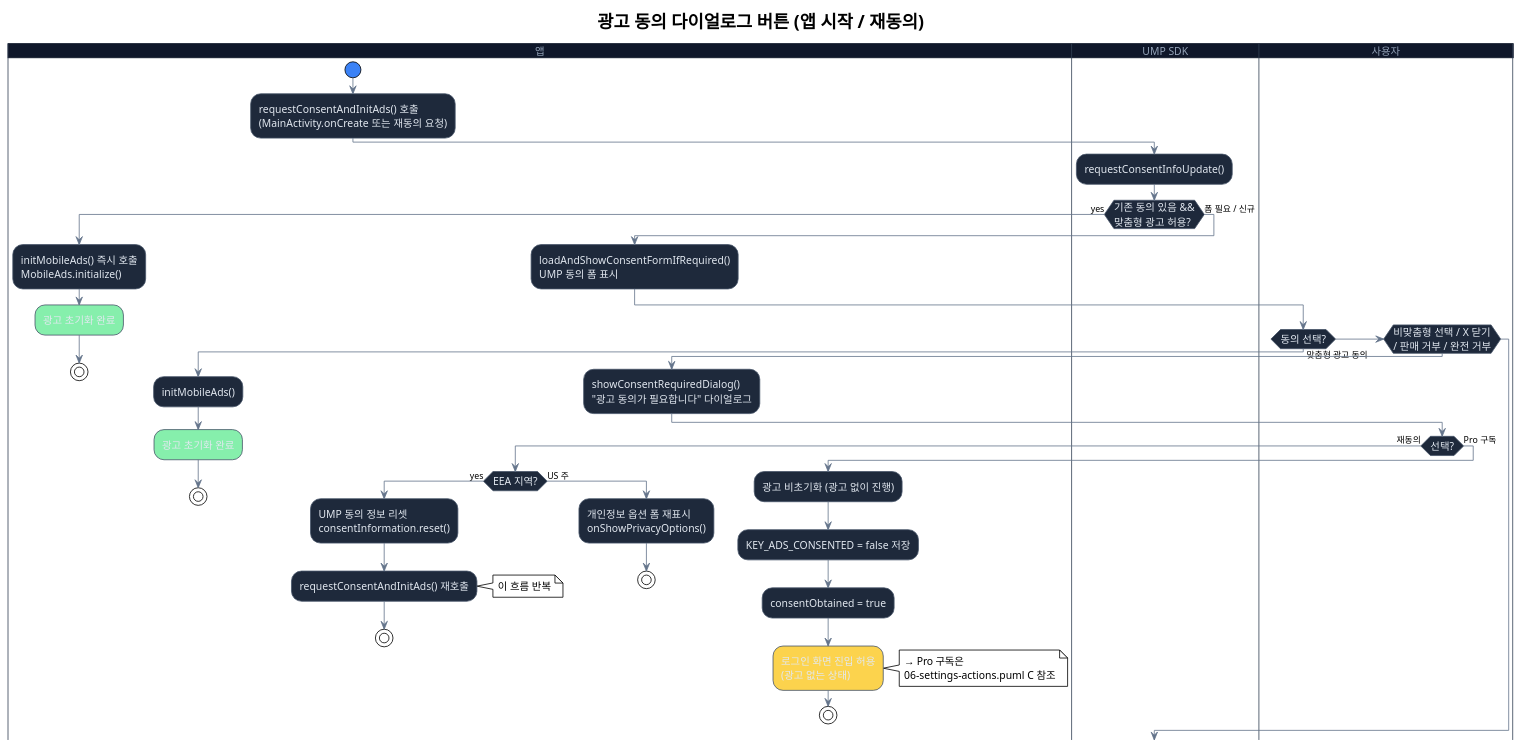
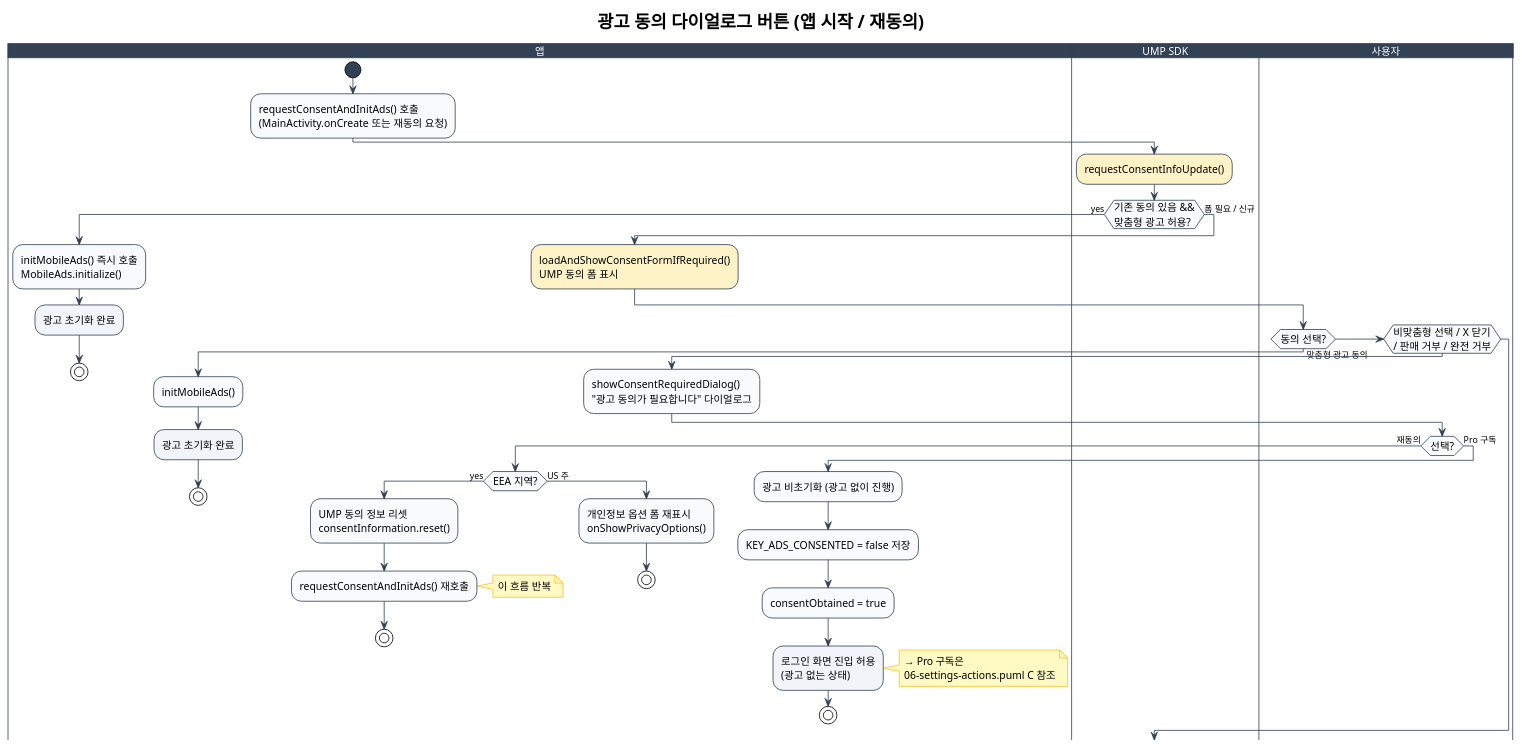
One commit to doubtmyself/ProgeressEye changed the diagram in docs/mobile-app/diagrams/07-ad-consent.puml. Above: the diagram before and after it, drawn with PlantUML. The commit also changed 12 other files, not shown here.

```diff
--- a/docs/mobile-app/diagrams/07-ad-consent.puml
+++ b/docs/mobile-app/diagrams/07-ad-consent.puml
@@ -1,85 +1,91 @@
 @startuml
 !theme plain
 title 광고 동의 다이얼로그 버튼 (앱 시작 / 재동의)
 
 skinparam defaultFontSize 13
 skinparam ArrowFontSize 11
 skinparam swimlane {
   BorderColor #334155
-  TitleBackgroundColor #0F172A
-  TitleFontColor #94A3B8
+  TitleBackgroundColor #334155
+  TitleFontColor #FFFFFF
 }
 skinparam activity {
-  BackgroundColor #1E293B
-  BorderColor #475569
-  FontColor #E2E8F0
-  StartColor #3B82F6
-  EndColor #3B82F6
+  BackgroundColor #F8FAFC
+  BorderColor #334155
+  FontColor #000000
+  StartColor #334155
+  EndColor #334155
+  BarColor #334155
 }
-skinparam ArrowColor #64748B
+skinparam note {
+  BackgroundColor #FFF9C4
+  BorderColor #FBC02D
+  FontColor #000000
+}
+skinparam ArrowColor #334155
 
 |앱|
 start
 :requestConsentAndInitAds() 호출\n(MainActivity.onCreate 또는 재동의 요청);
 
 |UMP SDK|
-:requestConsentInfoUpdate();
+#FEF3C7:requestConsentInfoUpdate();
 
 if (기존 동의 있음 &&\n맞춤형 광고 허용?) then (yes)
 
   |앱|
   :initMobileAds() 즉시 호출\nMobileAds.initialize();
-  #86EFAC:광고 초기화 완료;
+  #F1F5F9:광고 초기화 완료;
   stop
 
 else (폼 필요 / 신규)
 
-  :loadAndShowConsentFormIfRequired()\nUMP 동의 폼 표시;
+  #FEF3C7:loadAndShowConsentFormIfRequired()\nUMP 동의 폼 표시;
 
   |사용자|
   if (동의 선택?) then (맞춤형 광고 동의)
 
     |앱|
     :initMobileAds();
-    #86EFAC:광고 초기화 완료;
+    #F1F5F9:광고 초기화 완료;
     stop
 
   elseif (비맞춤형 선택 / X 닫기\n/ 판매 거부 / 완전 거부) then
 
     |앱|
     :showConsentRequiredDialog()\n"광고 동의가 필요합니다" 다이얼로그;
 
     |사용자|
     if (선택?) then (재동의)
 
       |앱|
       if (EEA 지역?) then (yes)
         :UMP 동의 정보 리셋\nconsentInformation.reset();
         :requestConsentAndInitAds() 재호출;
         note right: 이 흐름 반복
         stop
       else (US 주)
         :개인정보 옵션 폼 재표시\nonShowPrivacyOptions();
         stop
       endif
 
     else (Pro 구독)
 
       |앱|
       :광고 비초기화 (광고 없이 진행);
       :KEY_ADS_CONSENTED = false 저장;
       :consentObtained = true;
-      #FCD34D:로그인 화면 진입 허용\n(광고 없는 상태);
+      #F1F5F9:로그인 화면 진입 허용\n(광고 없는 상태);
       note right
         → Pro 구독은
         06-settings-actions.puml C 참조
       end note
       stop
 
     endif
 
   endif
 
 endif
 
 @enduml
```
